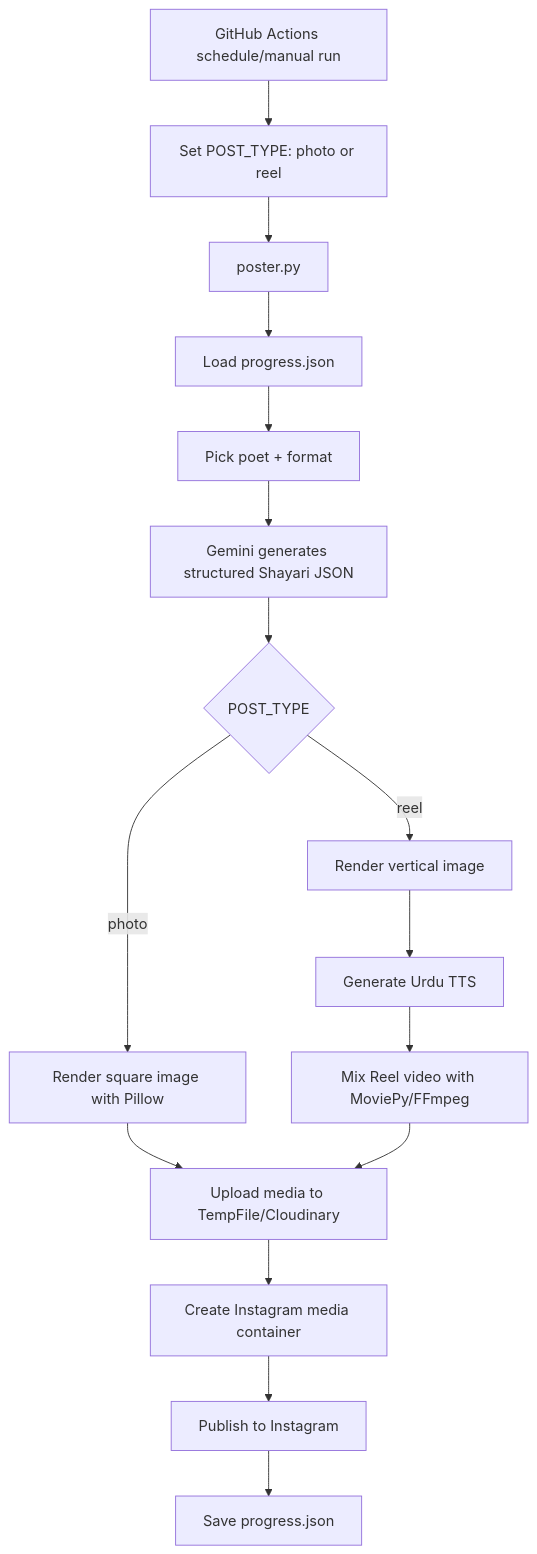
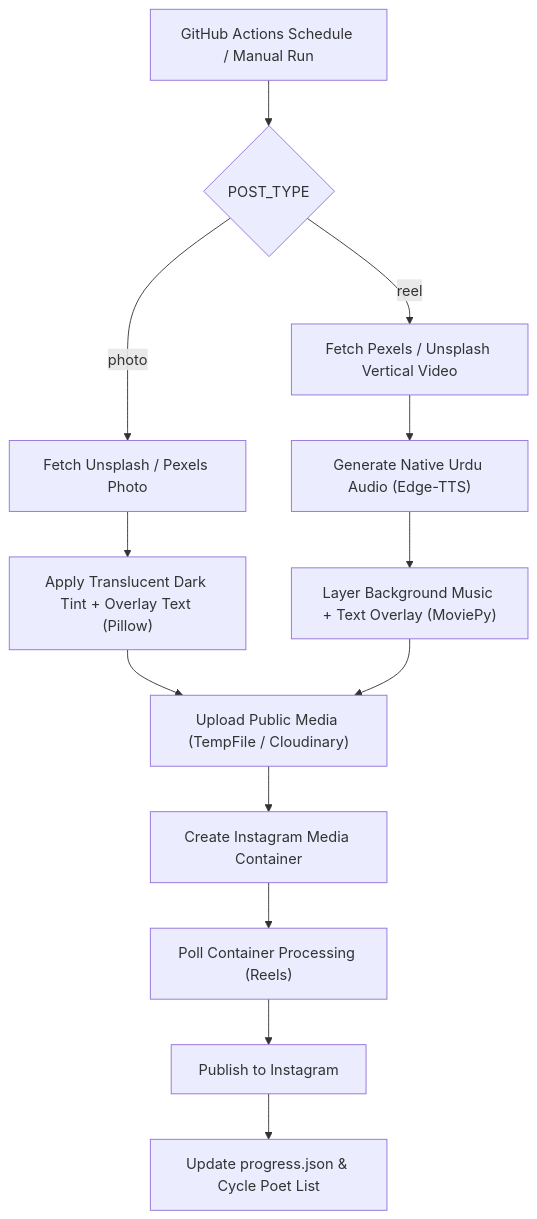
Before and after one commit to Areeb04khan/brain.blueprints-autobot: the diagram in README.md, drawn with Mermaid. The commit also changed other lines of this file, not shown here.

````diff
--- a/README.md
+++ b/README.md
@@ -57,18 +43,16 @@
 ```mermaid
 flowchart TD
-    A["GitHub Actions schedule/manual run"] --> B["Set POST_TYPE: photo or reel"]
-    B --> C["poster.py"]
-    C --> D["Load progress.json"]
-    D --> E["Pick poet + format"]
-    E --> F["Gemini generates structured Shayari JSON"]
-    F --> G{"POST_TYPE"}
-    G -->|photo| H["Render square image with Pillow"]
-    G -->|reel| I["Render vertical image"]
-    I --> J["Generate Urdu TTS"]
-    J --> K["Mix Reel video with MoviePy/FFmpeg"]
-    H --> L["Upload media to TempFile/Cloudinary"]
-    K --> L
-    L --> M["Create Instagram media container"]
-    M --> N["Publish to Instagram"]
-    N --> O["Save progress.json"]
+    A["GitHub Actions Schedule / Manual Run"] --> B{"POST_TYPE"}
+    B -->|photo| C["Fetch Unsplash / Pexels Photo"]
+    B -->|reel| D["Fetch Pexels / Unsplash Vertical Video"]
+    C --> E["Apply Translucent Dark Tint + Overlay Text (Pillow)"]
+    D --> F["Generate Native Urdu Audio (Edge-TTS)"]
+    F --> G["Layer Background Music + Text Overlay (MoviePy)"]
+    E --> H["Upload Public Media (TempFile / Cloudinary)"]
+    G --> H
+    H --> I["Create Instagram Media Container"]
+    I --> J["Poll Container Processing (Reels)"]
+    J --> K["Publish to Instagram"]
+    K --> L["Update progress.json & Cycle Poet List"]
+
 ```
````
